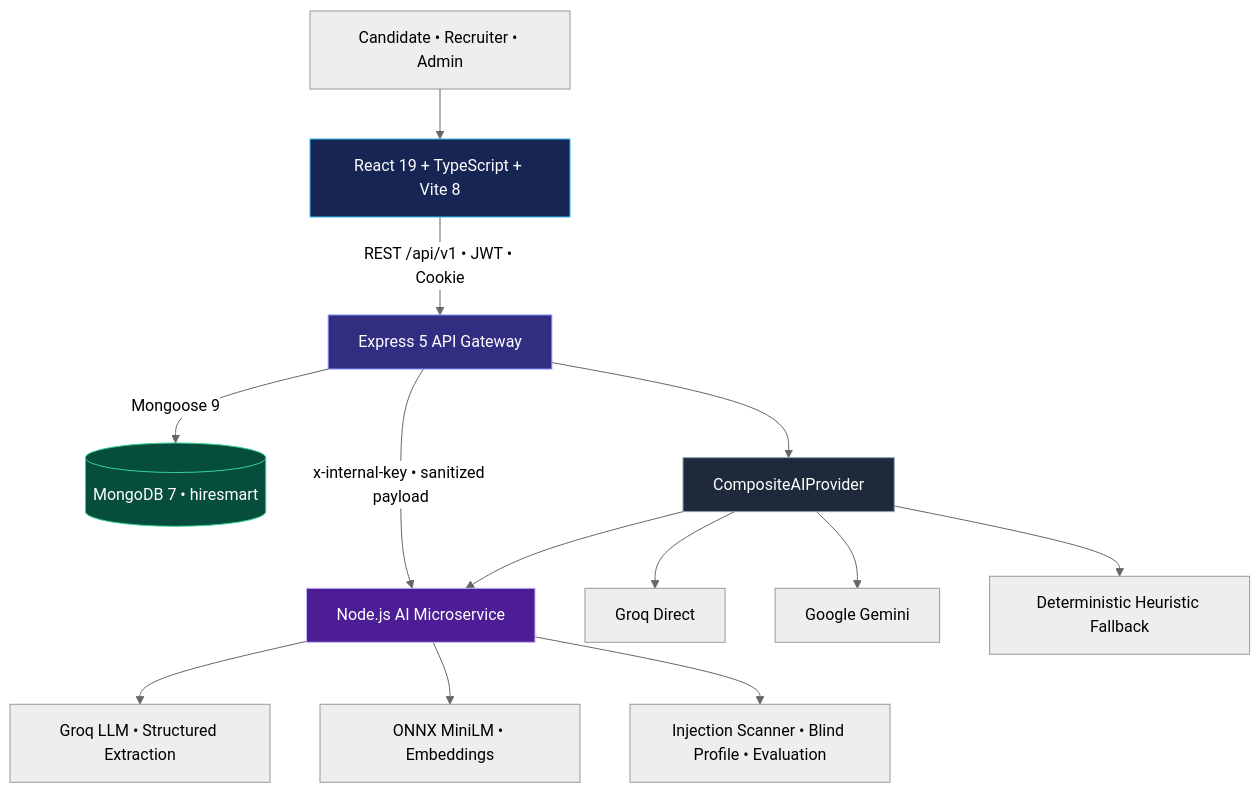
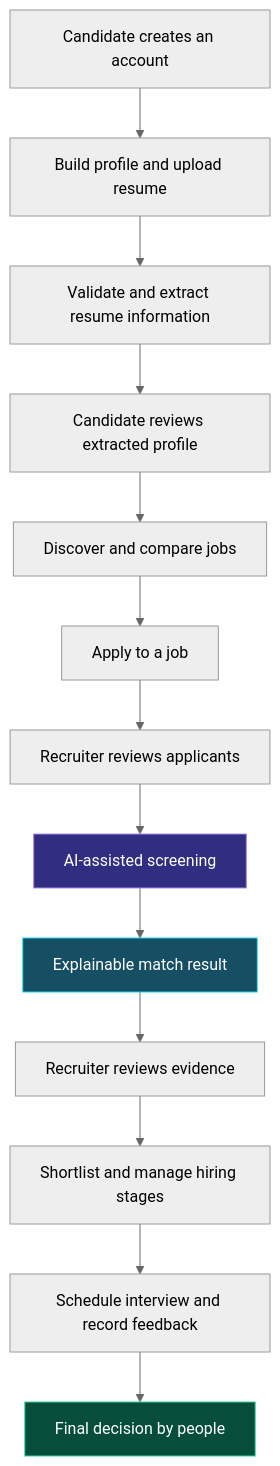
The first of 2 diagrams in README.md (tharunsai01/ResumeAI), drawn with Mermaid (neutral theme) before and after one commit. The commit also changed other lines of this file, not shown here.

````diff
--- a/README.md
+++ b/README.md
@@ -50,20 +100,19 @@
 ```mermaid
-flowchart TB
-    U["Candidate • Recruiter • Admin"] --> FE["React 19 + TypeScript + Vite 8"]
-    FE -->|"REST /api/v1 • JWT • Cookie"| API["Express 5 API Gateway"]
-    API -->|"Mongoose 9"| DB[("MongoDB 7 • hiresmart")]
-    API -->|"x-internal-key • sanitized payload"| AI["Node.js AI Microservice"]
-    API --> P["CompositeAIProvider"]
-    P --> AI
-    P --> G["Groq Direct"]
-    P --> GM["Google Gemini"]
-    P --> H["Deterministic Heuristic Fallback"]
-    AI --> L["Groq LLM • Structured Extraction"]
-    AI --> E["ONNX MiniLM • Embeddings"]
-    AI --> S["Injection Scanner • Blind Profile • Evaluation"]
-    style FE fill:#172554,stroke:#38BDF8,color:#fff
-    style API fill:#312E81,stroke:#818CF8,color:#fff
-    style DB fill:#064E3B,stroke:#34D399,color:#fff
-    style AI fill:#4C1D95,stroke:#C4B5FD,color:#fff
-    style P fill:#1E293B,stroke:#94A3B8,color:#fff
+flowchart TD
+    A["Candidate creates an account"] --> B["Build profile and upload resume"]
+    B --> C["Validate and extract resume information"]
+    C --> D["Candidate reviews extracted profile"]
+    D --> E["Discover and compare jobs"]
+    E --> F["Apply to a job"]
+    F --> G["Recruiter reviews applicants"]
+    G --> H["AI-assisted screening"]
+    H --> I["Explainable match result"]
+    I --> J["Recruiter reviews evidence"]
+    J --> K["Shortlist and manage hiring stages"]
+    K --> L["Schedule interview and record feedback"]
+    L --> M["Final decision by people"]
+
+    style H fill:#312E81,stroke:#A78BFA,color:#fff
+    style I fill:#164E63,stroke:#22D3EE,color:#fff
+    style M fill:#064E3B,stroke:#34D399,color:#fff
 ```
````
